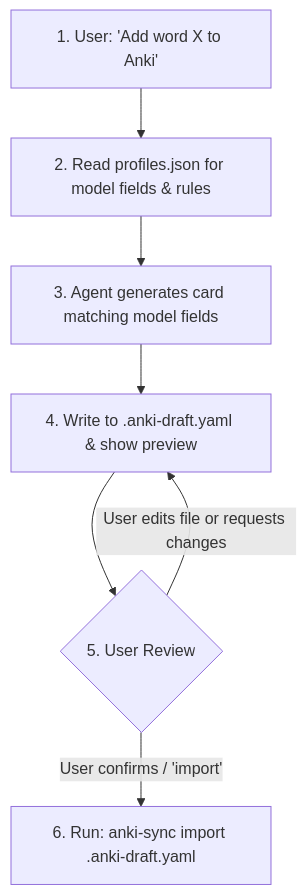
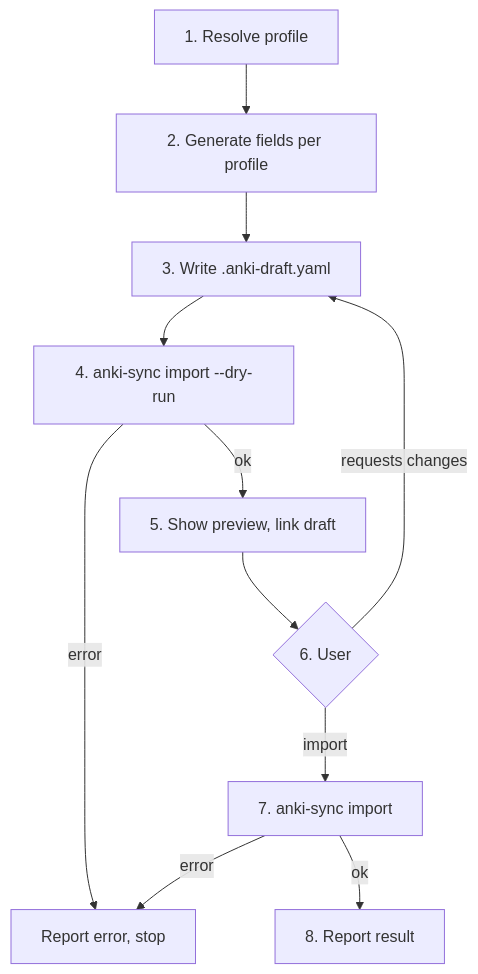
One commit to quyenthai15/anki-sync changed the diagram in .agents/skills/anki-sync/SKILL.md. Above: the diagram before and after it, drawn with Mermaid. The commit also changed other lines of this file and 16 other files, not shown here.

Commit message:
impl: anki-sync skill

````diff
--- a/.agents/skills/anki-sync/SKILL.md
+++ b/.agents/skills/anki-sync/SKILL.md
@@ -74,9 +37,13 @@
 ```mermaid
 flowchart TD
-    A[1. User: 'Add word X to Anki'] --> B[2. Read profiles.json for model fields & rules]
-    B --> C[3. Agent generates card matching model fields]
-    C --> D[4. Write to .anki-draft.yaml & show preview]
-    D --> E{5. User Review}
-    E -- "User edits file or requests changes" --> D
-    E -- "User confirms / 'import'" --> F[6. Run: anki-sync import .anki-draft.yaml]
+    A[1. Resolve profile] --> B[2. Generate fields per profile]
+    B --> C[3. Write .anki-draft.yaml]
+    C --> D[4. anki-sync import --dry-run]
+    D -- error --> E[Report error, stop]
+    D -- ok --> F[5. Show preview, link draft]
+    F --> G{6. User}
+    G -- requests changes --> C
+    G -- "import" --> H[7. anki-sync import]
+    H -- error --> E
+    H -- ok --> I[8. Report result]
 ```
````
